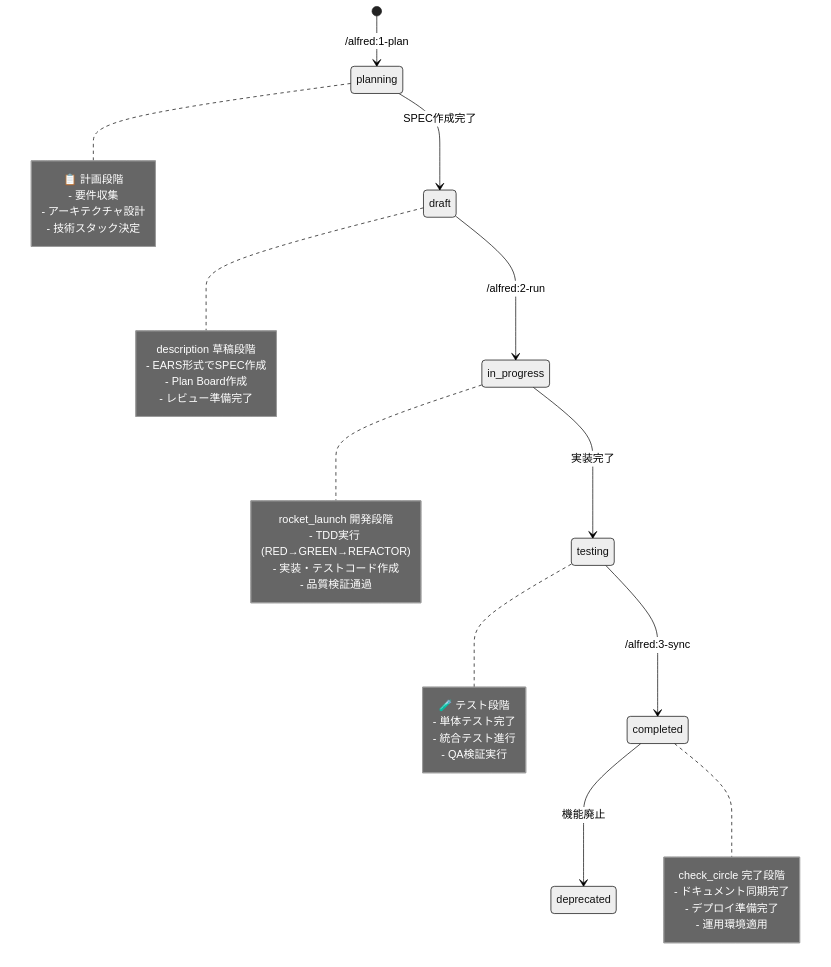
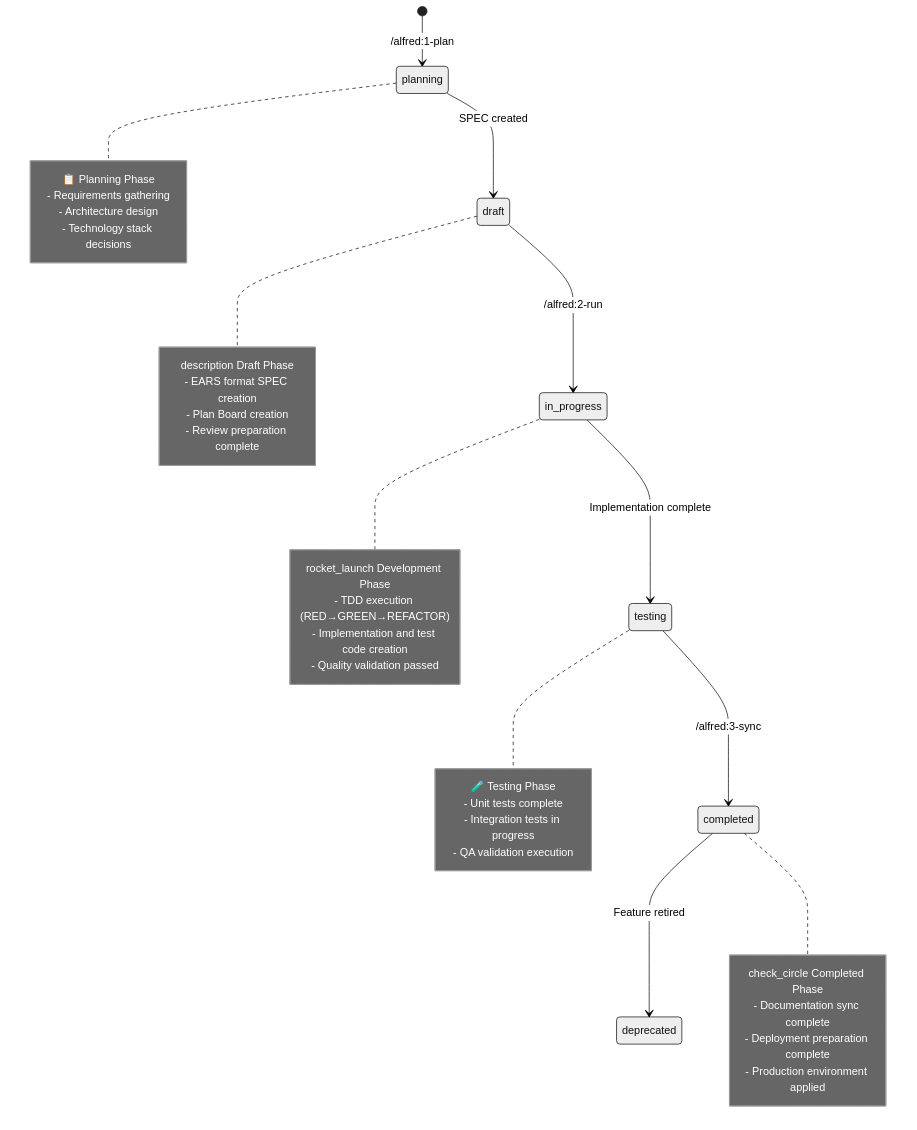
One commit to modu-ai/moai-adk changed the second of 2 diagrams in docs/src/en/guides/alfred/index.md. Above: the diagram before and after it, drawn with Mermaid. The commit also changed other lines of this file and 78 other files, not shown here.

First line of the commit message:
feat: complete SPEC-PORTAL-LINK-001 implementation and TAG system enhancements

````diff
--- a/docs/src/en/guides/alfred/index.md
+++ b/docs/src/en/guides/alfred/index.md
@@ -76,45 +76,45 @@
 ```mermaid
 %%{init: {'theme':'neutral'}}%%
 stateDiagram-v2
     [*] --> planning: /alfred:1-plan
-    planning --> draft: SPEC作成完了
+    planning --> draft: SPEC created
     draft --> in_progress: /alfred:2-run
-    in_progress --> testing: 実装完了
+    in_progress --> testing: Implementation complete
     testing --> completed: /alfred:3-sync
-    completed --> deprecated: 機能廃止
+    completed --> deprecated: Feature retired
 
     note right of planning
-        📋 計画段階
-        - 要件収集
-        - アーキテクチャ設計
-        - 技術スタック決定
+        📋 Planning Phase
+        - Requirements gathering
+        - Architecture design
+        - Technology stack decisions
     end note
 
     note right of draft
-        <span class="material-icons">description</span> 草稿段階
-        - EARS形式でSPEC作成
-        - Plan Board作成
-        - レビュー準備完了
+        <span class="material-icons">description</span> Draft Phase
+        - EARS format SPEC creation
+        - Plan Board creation
+        - Review preparation complete
     end note
 
     note right of in_progress
-        <span class="material-icons">rocket_launch</span> 開発段階
-        - TDD実行 (RED→GREEN→REFACTOR)
-        - 実装・テストコード作成
-        - 品質検証通過
+        <span class="material-icons">rocket_launch</span> Development Phase
+        - TDD execution (RED→GREEN→REFACTOR)
+        - Implementation and test code creation
+        - Quality validation passed
     end note
 
     note right of testing
-        🧪 テスト段階
-        - 単体テスト完了
-        - 統合テスト進行
-        - QA検証実行
+        🧪 Testing Phase
+        - Unit tests complete
+        - Integration tests in progress
+        - QA validation execution
     end note
 
     note right of completed
-        <span class="material-icons">check_circle</span> 完了段階
-        - ドキュメント同期完了
-        - デプロイ準備完了
-        - 運用環境適用
+        <span class="material-icons">check_circle</span> Completed Phase
+        - Documentation sync complete
+        - Deployment preparation complete
+        - Production environment applied
     end note
 ```
````
